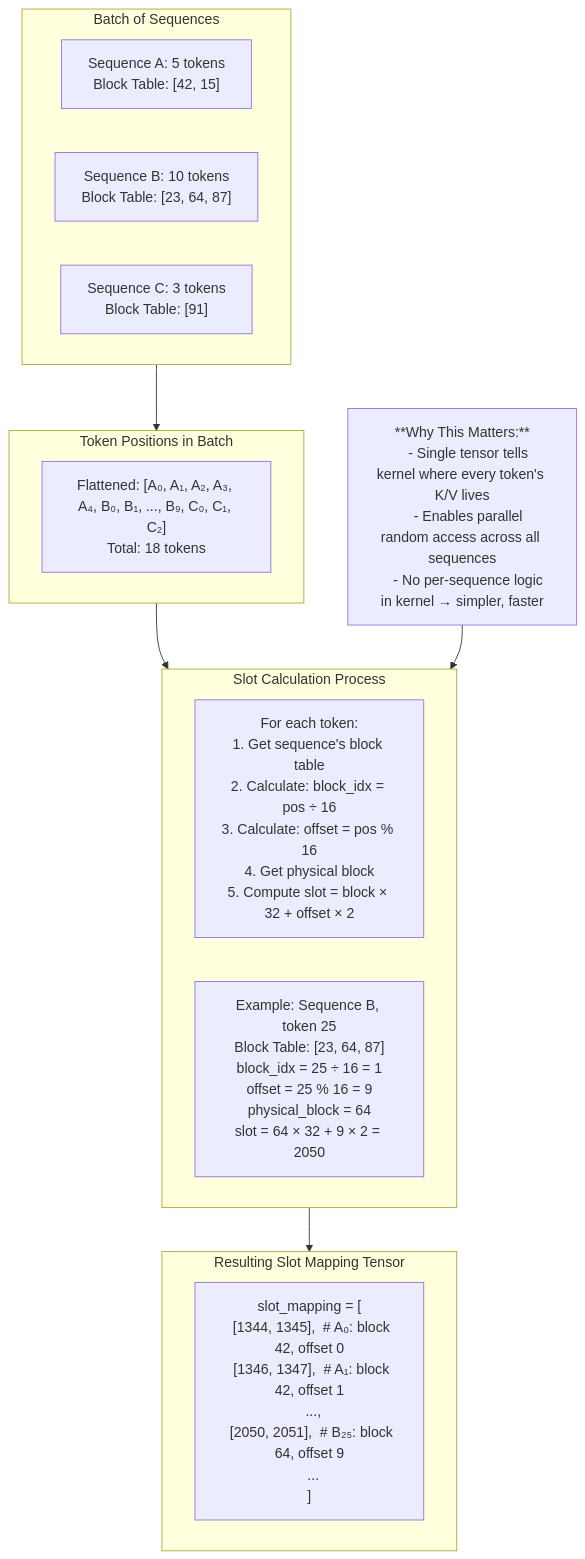
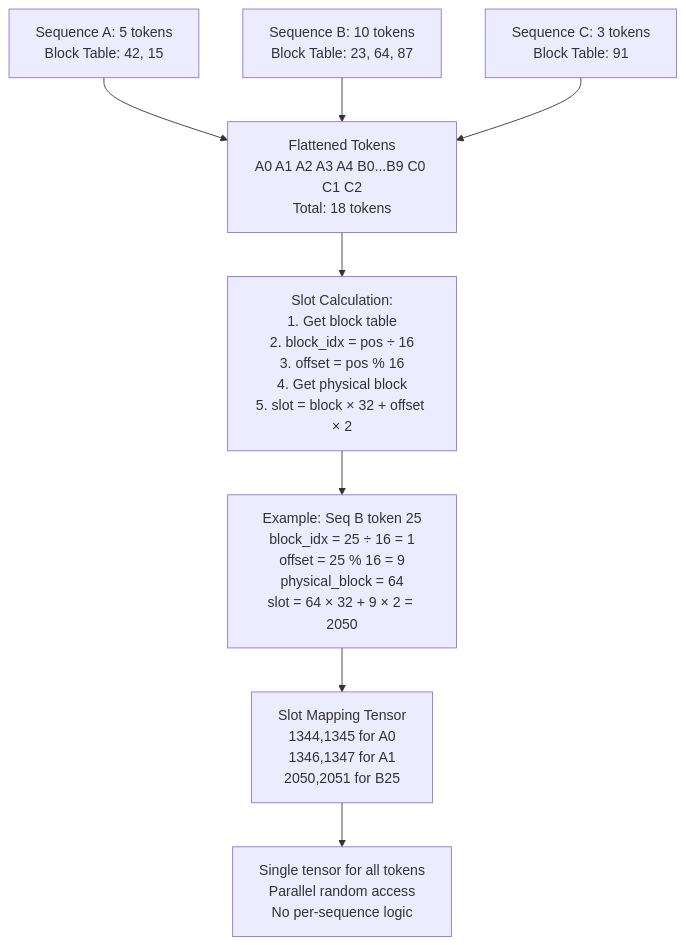
Before and after one commit to Shahriarin2garden/vllm_from_scratch: the seventh of 9 diagrams in lab0.3/README.md, drawn with Mermaid. The commit also changed other lines of this file and 3 other files, not shown here.

````diff
--- a/lab0.3/README.md
+++ b/lab0.3/README.md
@@ -573,32 +581,24 @@
 ```mermaid
-graph TB
-    subgraph Batch[Batch of Sequences]
-        S1["Sequence A: 5 tokens<br/>Block Table: [42, 15]"]
-        S2["Sequence B: 10 tokens<br/>Block Table: [23, 64, 87]"]
-        S3["Sequence C: 3 tokens<br/>Block Table: [91]"]
-    end
-
-    subgraph TokenPositions[Token Positions in Batch]
-        TP["Flattened: [A₀, A₁, A₂, A₃, A₄, B₀, B₁, ..., B₉, C₀, C₁, C₂]<br/>Total: 18 tokens"]
-    end
-
-    subgraph SlotCalc[Slot Calculation Process]
-        SC1["For each token:<br/>1. Get sequence's block table<br/>2. Calculate: block_idx = pos ÷ 16<br/>3. Calculate: offset = pos % 16<br/>4. Get physical block<br/>5. Compute slot = block × 32 + offset × 2"]
-
-        Example["Example: Sequence B, token 25<br/>Block Table: [23, 64, 87]<br/>block_idx = 25 ÷ 16 = 1<br/>offset = 25 % 16 = 9<br/>physical_block = 64<br/>slot = 64 × 32 + 9 × 2 = 2050"]
-    end
-
-    subgraph Result[Resulting Slot Mapping Tensor]
-        SM["slot_mapping = [<br/>  [1344, 1345],  # A₀: block 42, offset 0<br/>  [1346, 1347],  # A₁: block 42, offset 1<br/>  ...,<br/>  [2050, 2051],  # B₂₅: block 64, offset 9<br/>  ...<br/>]"]
-    end
-
-    Batch --> TokenPositions --> SlotCalc --> Result
-
-    Note["
-    **Why This Matters:**
-    - Single tensor tells kernel where every token's K/V lives
-    - Enables parallel random access across all sequences
-    - No per-sequence logic in kernel → simpler, faster
-    "] --> SlotCalc
-
+graph TD
+    S1[Sequence A: 5 tokens<br/>Block Table: 42, 15]
+    S2[Sequence B: 10 tokens<br/>Block Table: 23, 64, 87]
+    S3[Sequence C: 3 tokens<br/>Block Table: 91]
+    
+    TP[Flattened Tokens<br/>A0 A1 A2 A3 A4 B0...B9 C0 C1 C2<br/>Total: 18 tokens]
+    
+    SC1[Slot Calculation:<br/>1. Get block table<br/>2. block_idx = pos ÷ 16<br/>3. offset = pos % 16<br/>4. Get physical block<br/>5. slot = block × 32 + offset × 2]
+    
+    Example[Example: Seq B token 25<br/>block_idx = 25 ÷ 16 = 1<br/>offset = 25 % 16 = 9<br/>physical_block = 64<br/>slot = 64 × 32 + 9 × 2 = 2050]
+    
+    SM[Slot Mapping Tensor<br/>1344,1345 for A0<br/>1346,1347 for A1<br/>2050,2051 for B25]
+    
+    Note[Single tensor for all tokens<br/>Parallel random access<br/>No per-sequence logic]
+    
+    S1 --> TP
+    S2 --> TP
+    S3 --> TP
+    TP --> SC1
+    SC1 --> Example
+    Example --> SM
+    SM --> Note
 ```
````
